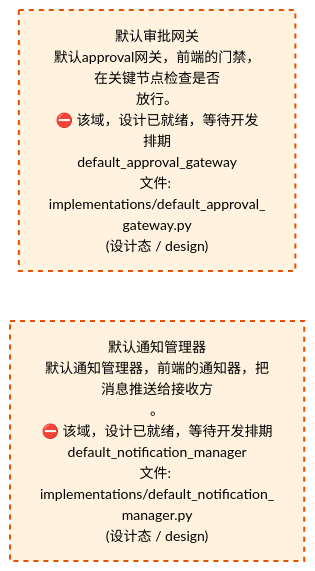
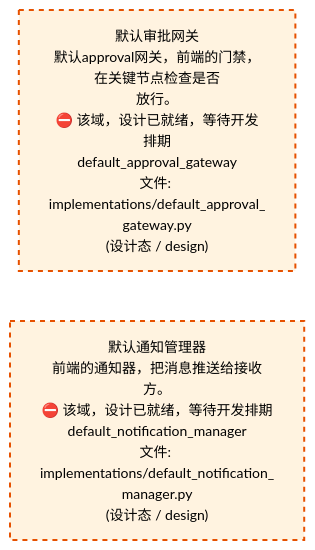
One commit to xuanFelixVan/ZephyrAlpha changed the third of 4 diagrams in docs/02_enterprise_architecture/02_domain_architecture_docs/47_d_frontend.md. Above: the diagram before and after it, drawn with Mermaid. The commit also changed other lines of this file and 61 other files, not shown here.

````diff
--- a/docs/02_enterprise_architecture/02_domain_architecture_docs/47_d_frontend.md
+++ b/docs/02_enterprise_architecture/02_domain_architecture_docs/47_d_frontend.md
@@ -177,12 +177,12 @@
 ```mermaid
 %%{init: {'theme': 'base', 'themeVariables': {'primaryColor': '#eaeaea', 'primaryTextColor': '#333333', 'primaryBorderColor': '#666666', 'lineColor': '#666666', 'secondaryColor': '#eaeaea', 'tertiaryColor': '#eaeaea', 'fontSize': '14px'}}}%%
 flowchart TD
     src_zephyr_frontend_implementations_default_approval_gateway_py["默认审批网关<br/>默认approval网关，前端的门禁，在关键节点检查是否<br/>放行。<br/>⛔ 该域，设计已就绪，等待开发排期<br/>default_approval_gateway<br/>文件: implementations/default_approval_<br/>gateway.py<br/>(设计态 / design)"]
-    src_zephyr_frontend_implementations_default_notification_manager_py["默认通知管理器<br/>默认通知管理器，前端的通知器，把消息推送给接收方<br/>。<br/>⛔ 该域，设计已就绪，等待开发排期<br/>default_notification_manager<br/>文件: implementations/default_notification_<br/>manager.py<br/>(设计态 / design)"]
+    src_zephyr_frontend_implementations_default_notification_manager_py["默认通知管理器<br/>前端的通知器，把消息推送给接收方。<br/>⛔ 该域，设计已就绪，等待开发排期<br/>default_notification_manager<br/>文件: implementations/default_notification_<br/>manager.py<br/>(设计态 / design)"]
     src_zephyr_frontend_implementations_default_approval_gateway_py ~~~ src_zephyr_frontend_implementations_default_notification_manager_py
     classDef production fill:#e1f5fe,stroke:#01579b,stroke-width:2px,color:#000
     classDef design fill:#fff3e0,stroke:#e65100,stroke-width:2px,color:#000,stroke-dasharray: 5 5
     classDef external_prod fill:#e8f4fd,stroke:#0277bd,stroke-width:1px,color:#000
     classDef external_design fill:#fff8e7,stroke:#ef6c00,stroke-width:1px,color:#000,stroke-dasharray: 5 5
     class src_zephyr_frontend_implementations_default_approval_gateway_py,src_zephyr_frontend_implementations_default_notification_manager_py design
 ```
````
